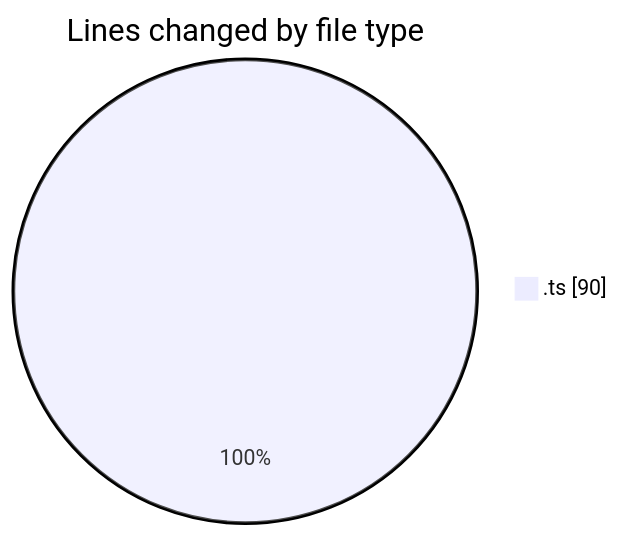
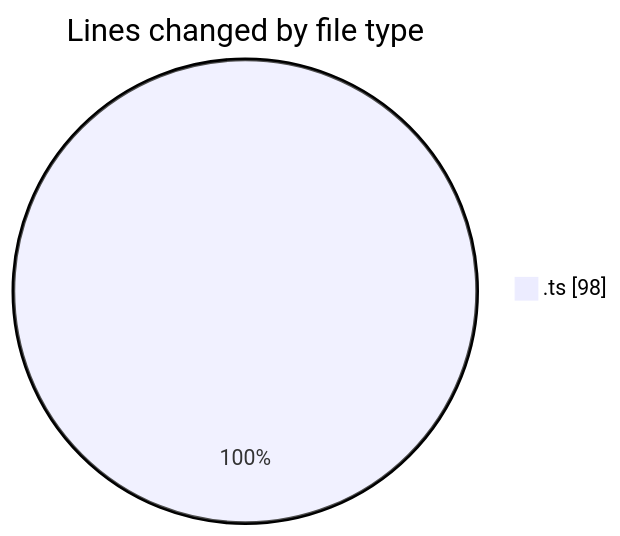
One commit to igalym/code-tracking changed the first of 2 diagrams in 2026-03-30/cinema/README.md. Above: the diagram before and after it, drawn with Mermaid. The commit also changed other lines of this file and 1 other file, not shown here.

````diff
--- a/2026-03-30/cinema/README.md
+++ b/2026-03-30/cinema/README.md
@@ -23,5 +23,5 @@
 ```mermaid
 pie showData
 title Lines changed by file type
-".ts" : 90
+".ts" : 98
 ```
````
